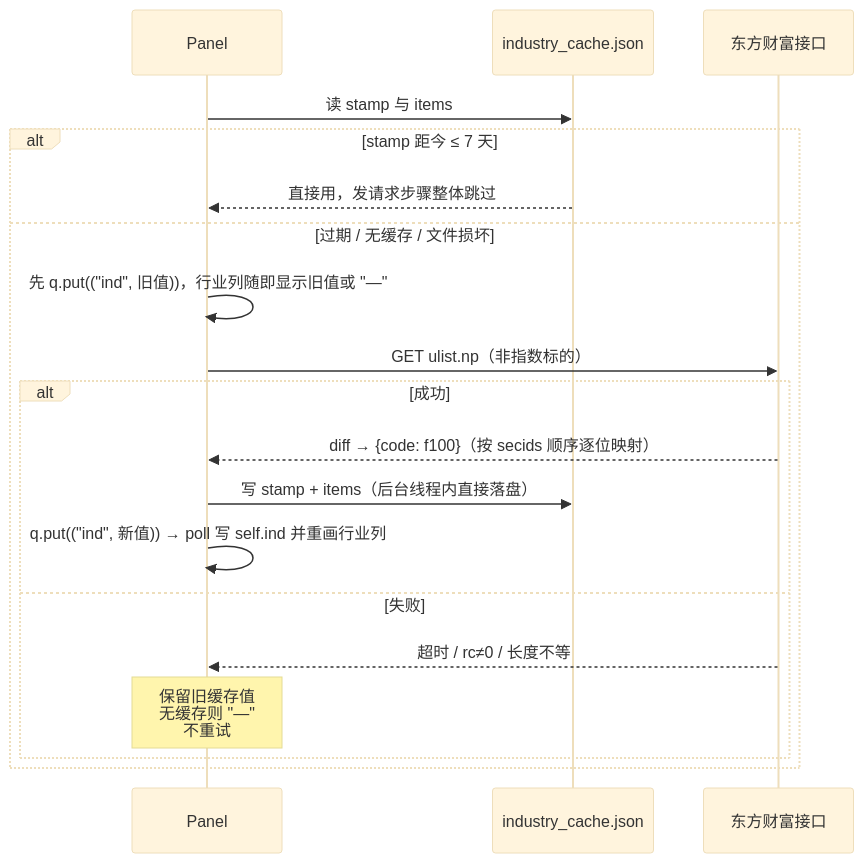
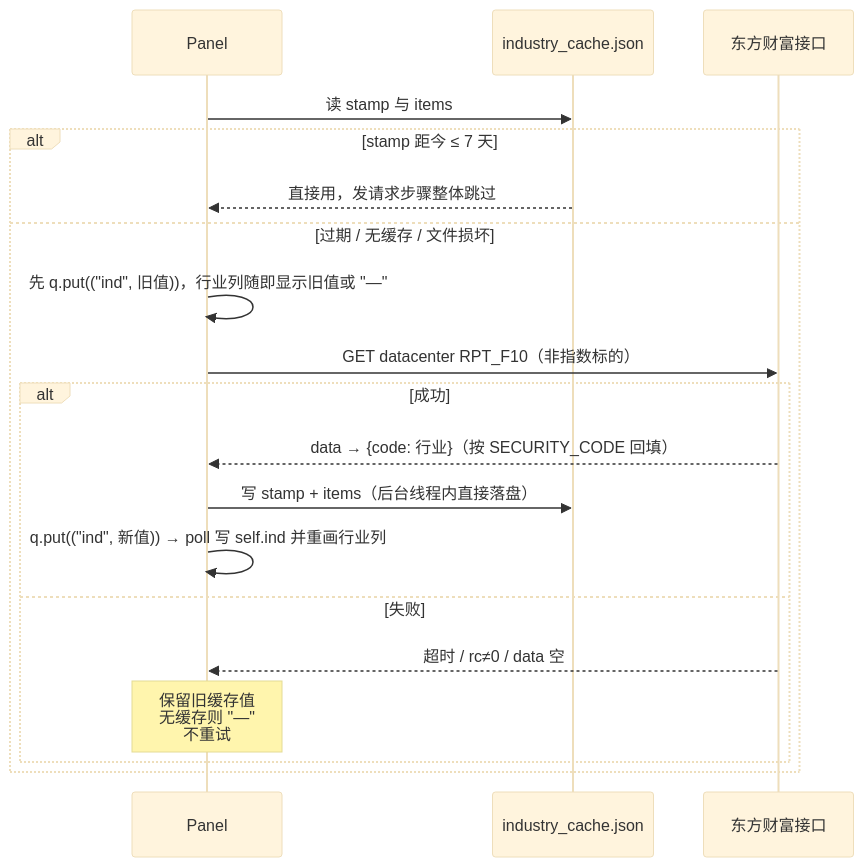
The sixth of 7 diagrams in wiki/docs/设计文档/自定义列/v1.0.0/SDD-盯盘君-自定义列-v1.0.0.md (genglitao/MarketEye), drawn with Mermaid (base theme) before and after one commit. The commit also changed other lines of this file and 4 other files, not shown here.

First line of the commit message:
docs(prd,sdd): 新增 K 线图与两市成交额 v1.0.0 需求与设计文档

````diff
--- a/wiki/docs/设计文档/自定义列/v1.0.0/SDD-盯盘君-自定义列-v1.0.0.md
+++ b/wiki/docs/设计文档/自定义列/v1.0.0/SDD-盯盘君-自定义列-v1.0.0.md
@@ -425,21 +423,21 @@
 ```mermaid
 sequenceDiagram
     participant P as Panel
     participant C as industry_cache.json
     participant E as 东方财富接口
     P->>C: 读 stamp 与 items
     alt stamp 距今 ≤ 7 天
         C-->>P: 直接用，发请求步骤整体跳过
     else 过期 / 无缓存 / 文件损坏
         P->>P: 先 q.put(("ind", 旧值))，行业列随即显示旧值或 "—"
-        P->>E: GET ulist.np（非指数标的）
+        P->>E: GET datacenter RPT_F10（非指数标的）
         alt 成功
-            E-->>P: diff → {code: f100}（按 secids 顺序逐位映射）
+            E-->>P: data → {code: 行业}（按 SECURITY_CODE 回填）
             P->>C: 写 stamp + items（后台线程内直接落盘）
             P->>P: q.put(("ind", 新值)) → poll 写 self.ind 并重画行业列
         else 失败
-            E-->>P: 超时 / rc≠0 / 长度不等
+            E-->>P: 超时 / rc≠0 / data 空
             Note over P: 保留旧缓存值<br/>无缓存则 "—"<br/>不重试
         end
     end
 ```
````
